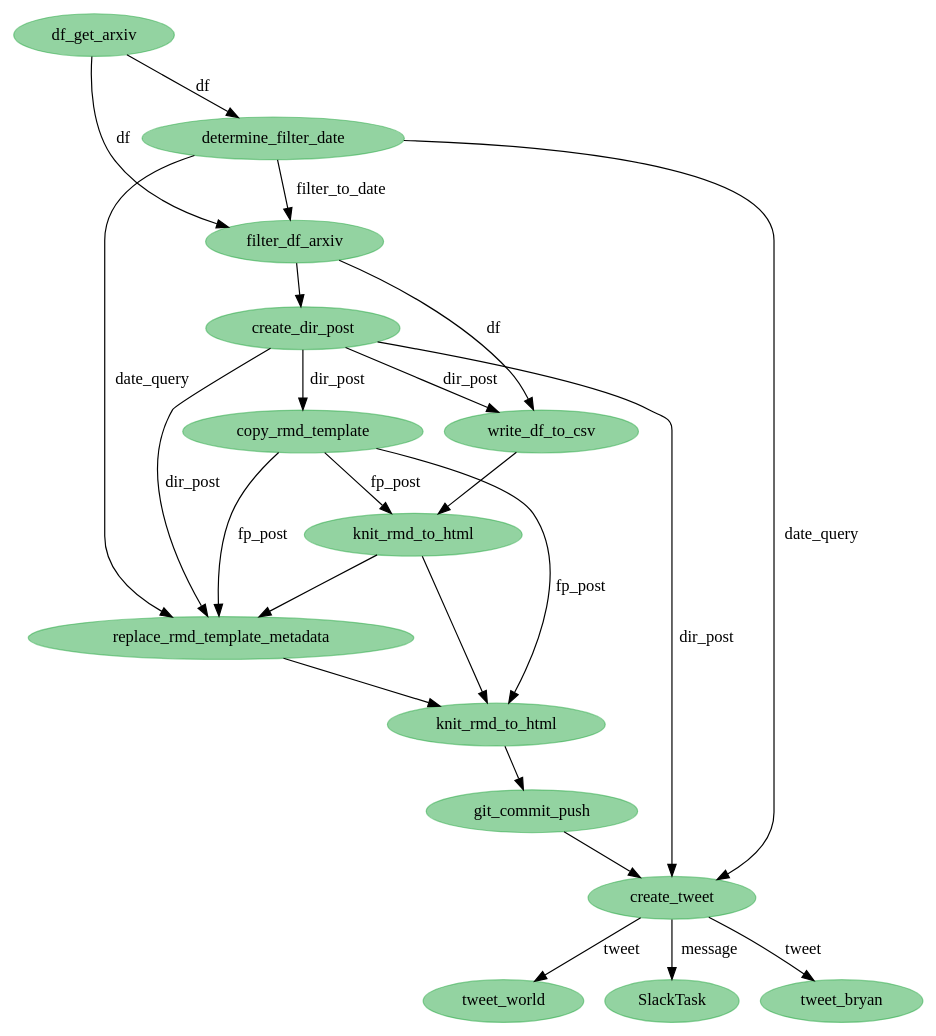
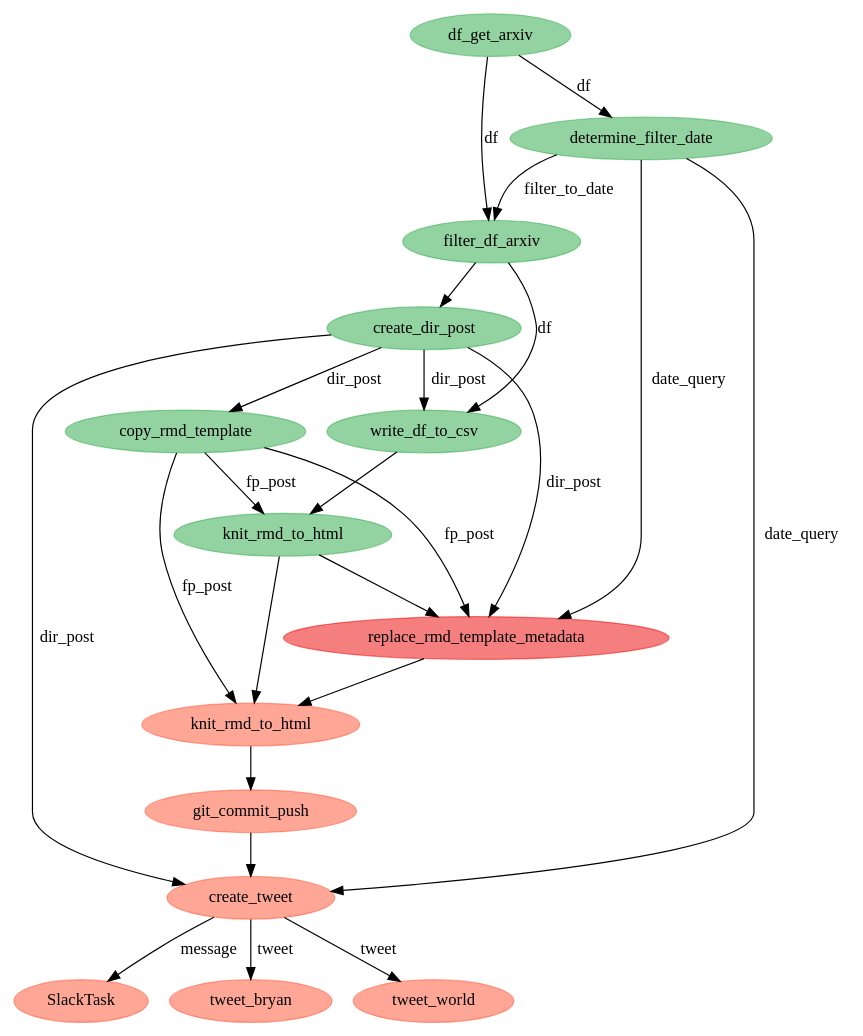
One commit to bryanwhiting/ds-arxiv changed the diagram in python/state-viz.dot. Above: the diagram before and after it, drawn with Graphviz. The commit also changed 19 other files, not shown here.

```diff
--- a/python/state-viz.dot
+++ b/python/state-viz.dot
@@ -1,39 +1,39 @@
 digraph {
-	4618628560 [label=tweet_world color="#28a74580" colorscheme=svg shape=ellipse style=filled]
-	4618629072 [label=SlackTask color="#28a74580" colorscheme=svg shape=ellipse style=filled]
-	4618592912 [label=df_get_arxiv color="#28a74580" colorscheme=svg shape=ellipse style=filled]
-	4618592656 [label=filter_df_arxiv color="#28a74580" colorscheme=svg shape=ellipse style=filled]
-	4618592400 [label=determine_filter_date color="#28a74580" colorscheme=svg shape=ellipse style=filled]
-	4618594000 [label=write_df_to_csv color="#28a74580" colorscheme=svg shape=ellipse style=filled]
-	4618593488 [label=create_dir_post color="#28a74580" colorscheme=svg shape=ellipse style=filled]
-	4618594960 [label=copy_rmd_template color="#28a74580" colorscheme=svg shape=ellipse style=filled]
-	4618595216 [label=knit_rmd_to_html color="#28a74580" colorscheme=svg shape=ellipse style=filled]
-	4618595920 [label=replace_rmd_template_metadata color="#28a74580" colorscheme=svg shape=ellipse style=filled]
-	4618625872 [label=knit_rmd_to_html color="#28a74580" colorscheme=svg shape=ellipse style=filled]
-	4618626768 [label=git_commit_push color="#28a74580" colorscheme=svg shape=ellipse style=filled]
-	4618627408 [label=create_tweet color="#28a74580" colorscheme=svg shape=ellipse style=filled]
-	4618628304 [label=tweet_bryan color="#28a74580" colorscheme=svg shape=ellipse style=filled]
-	4618592912 -> 4618592656 [label=df]
-	4618592912 -> 4618592400 [label=df]
-	4618593488 -> 4618594000 [label=dir_post]
-	4618593488 -> 4618595920 [label=dir_post]
-	4618593488 -> 4618627408 [label=dir_post]
-	4618627408 -> 4618628304 [label=tweet]
-	4618627408 -> 4618628560 [label=tweet]
-	4618592656 -> 4618593488
-	4618594960 -> 4618595216 [label=fp_post]
-	4618594000 -> 4618595216
-	4618595216 -> 4618595920
-	4618595216 -> 4618625872
-	4618627408 -> 4618629072 [label=message]
-	4618592656 -> 4618594000 [label=df]
-	4618592400 -> 4618595920 [label=date_query]
-	4618592400 -> 4618627408 [label=date_query]
-	4618593488 -> 4618594960 [label=dir_post]
-	4618595920 -> 4618625872
-	4618594960 -> 4618595920 [label=fp_post]
-	4618594960 -> 4618625872 [label=fp_post]
-	4618625872 -> 4618626768
-	4618626768 -> 4618627408
-	4618592400 -> 4618592656 [label=filter_to_date]
+	4653519376 [label=SlackTask color="#ff513180" colorscheme=svg shape=ellipse style=filled]
+	4653506384 [label=tweet_bryan color="#ff513180" colorscheme=svg shape=ellipse style=filled]
+	4653505488 [label=create_tweet color="#ff513180" colorscheme=svg shape=ellipse style=filled]
+	4653466896 [label=df_get_arxiv color="#28a74580" colorscheme=svg shape=ellipse style=filled]
+	4653466384 [label=determine_filter_date color="#28a74580" colorscheme=svg shape=ellipse style=filled]
+	4653467984 [label=write_df_to_csv color="#28a74580" colorscheme=svg shape=ellipse style=filled]
+	4653467472 [label=create_dir_post color="#28a74580" colorscheme=svg shape=ellipse style=filled]
+	4653466640 [label=filter_df_arxiv color="#28a74580" colorscheme=svg shape=ellipse style=filled]
+	4653468944 [label=copy_rmd_template color="#28a74580" colorscheme=svg shape=ellipse style=filled]
+	4653469200 [label=knit_rmd_to_html color="#28a74580" colorscheme=svg shape=ellipse style=filled]
+	4653502736 [label=replace_rmd_template_metadata color="#eb000080" colorscheme=svg shape=ellipse style=filled]
+	4653503952 [label=knit_rmd_to_html color="#ff513180" colorscheme=svg shape=ellipse style=filled]
+	4653504848 [label=git_commit_push color="#ff513180" colorscheme=svg shape=ellipse style=filled]
+	4653518992 [label=tweet_world color="#ff513180" colorscheme=svg shape=ellipse style=filled]
+	4653466896 -> 4653466384 [label=df]
+	4653466896 -> 4653466640 [label=df]
+	4653467472 -> 4653467984 [label=dir_post]
+	4653466384 -> 4653502736 [label=date_query]
+	4653467472 -> 4653505488 [label=dir_post]
+	4653505488 -> 4653519376 [label=message]
+	4653505488 -> 4653506384 [label=tweet]
+	4653468944 -> 4653503952 [label=fp_post]
+	4653466640 -> 4653467472
+	4653467984 -> 4653469200
+	4653469200 -> 4653503952
+	4653502736 -> 4653503952
+	4653466640 -> 4653467984 [label=df]
+	4653467472 -> 4653468944 [label=dir_post]
+	4653467472 -> 4653502736 [label=dir_post]
+	4653466384 -> 4653505488 [label=date_query]
+	4653466384 -> 4653466640 [label=filter_to_date]
+	4653505488 -> 4653518992 [label=tweet]
+	4653468944 -> 4653469200 [label=fp_post]
+	4653468944 -> 4653502736 [label=fp_post]
+	4653469200 -> 4653502736
+	4653503952 -> 4653504848
+	4653504848 -> 4653505488
 }
```
